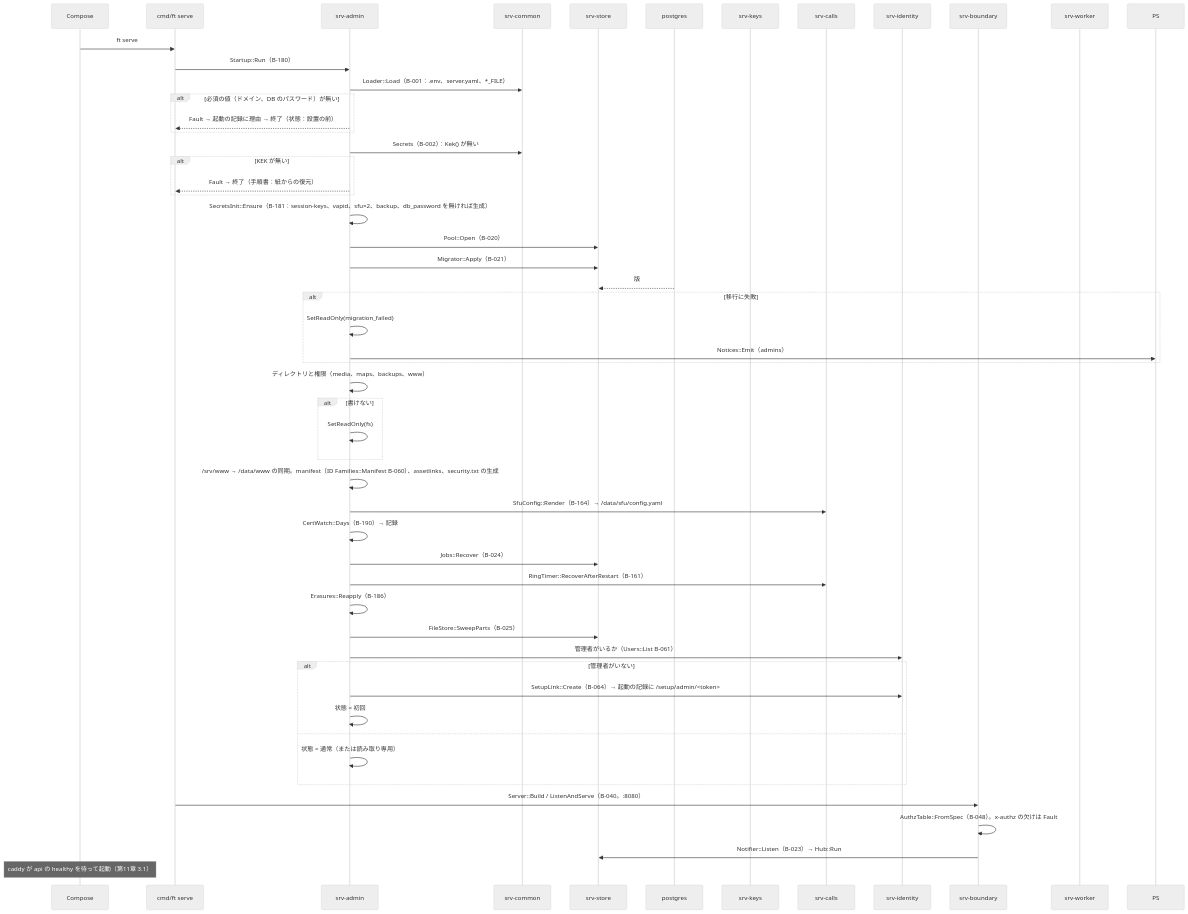
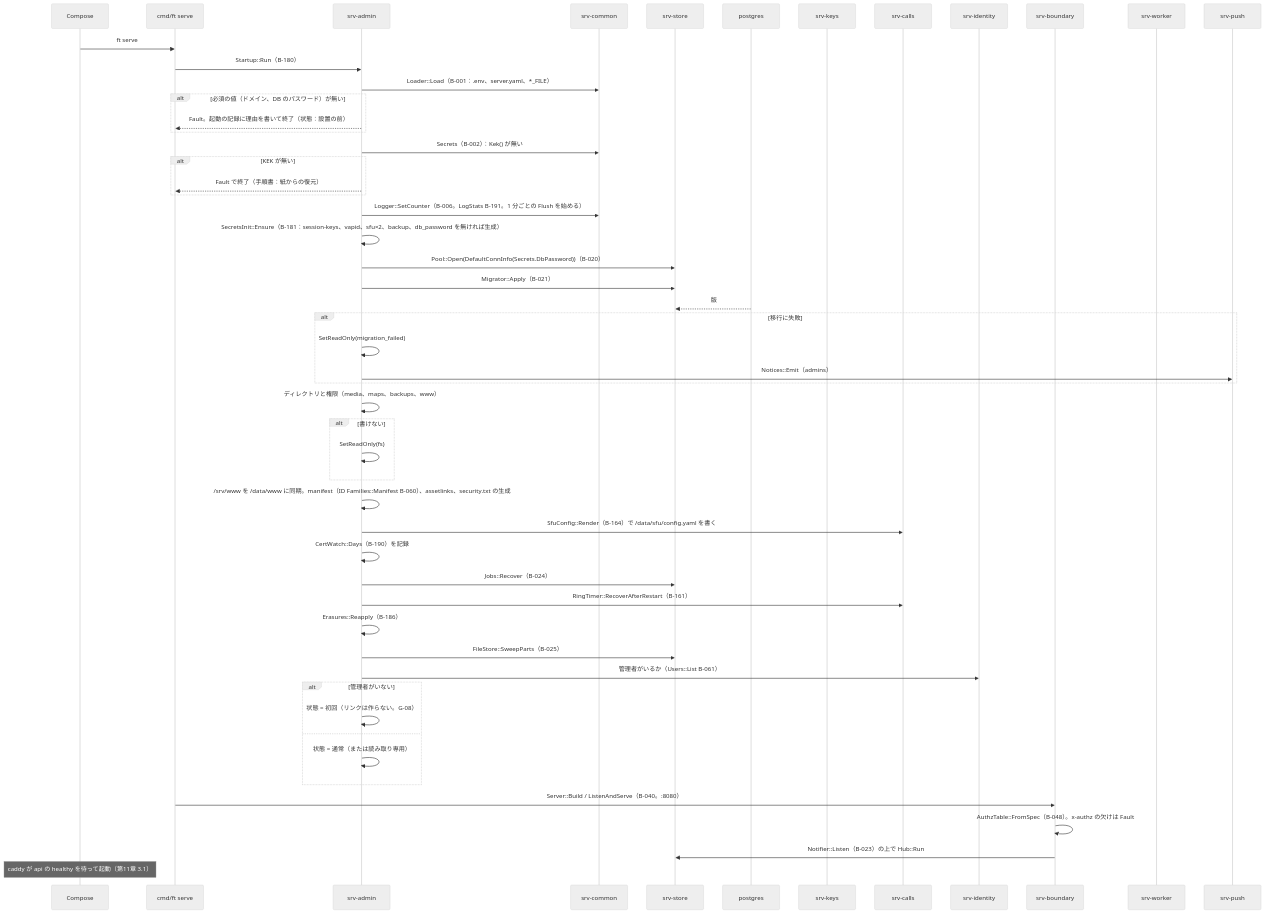
Before and after one commit to nrsd-ishikawasou/family-talk-pwa: the second of 4 diagrams in dev/docs/jp/シーケンス/01_起動.md, drawn with Mermaid (neutral theme). The commit also changed other lines of this file and 290 other files, not shown here.

````diff
--- a/dev/docs/jp/シーケンス/01_起動.md
+++ b/dev/docs/jp/シーケンス/01_起動.md
@@ -58,54 +68,55 @@
 ```mermaid
 sequenceDiagram
   participant OS as Compose
   participant CF as cmd/ft serve
   participant AD as srv-admin
   participant CM as srv-common
   participant ST as srv-store
   participant PG as postgres
   participant KY as srv-keys
   participant CL as srv-calls
   participant ID as srv-identity
   participant BD as srv-boundary
   participant WK as srv-worker
+  participant PS as srv-push
   OS->>CF: ft serve
   CF->>AD: Startup::Run（B-180）
   AD->>CM: Loader::Load（B-001：.env、server.yaml、*_FILE）
   alt 必須の値（ドメイン、DB のパスワード）が無い
-    AD-->>CF: Fault → 起動の記録に理由 → 終了（状態：設置の前）
+    AD-->>CF: Fault。起動の記録に理由を書いて終了（状態：設置の前）
   end
   AD->>CM: Secrets（B-002）：Kek() が無い
   alt KEK が無い
-    AD-->>CF: Fault → 終了（手順書：紙からの復元）
+    AD-->>CF: Fault で終了（手順書：紙からの復元）
   end
+  AD->>CM: Logger::SetCounter（B-006。LogStats B-191。1 分ごとの Flush を始める）
   AD->>AD: SecretsInit::Ensure（B-181：session-keys、vapid、sfu×2、backup、db_password を無ければ生成）
-  AD->>ST: Pool::Open（B-020）
+  AD->>ST: Pool::Open(DefaultConnInfo(Secrets.DbPassword))（B-020）
   AD->>ST: Migrator::Apply（B-021）
   PG-->>ST: 版
   alt 移行に失敗
     AD->>AD: SetReadOnly(migration_failed)
     AD->>PS: Notices::Emit（admins）
   end
   AD->>AD: ディレクトリと権限（media、maps、backups、www）
   alt 書けない
     AD->>AD: SetReadOnly(fs)
   end
-  AD->>AD: /srv/www → /data/www の同期。manifest（ID Families::Manifest B-060）、assetlinks、security.txt の生成
-  AD->>CL: SfuConfig::Render（B-164）→ /data/sfu/config.yaml
-  AD->>AD: CertWatch::Days（B-190）→ 記録
+  AD->>AD: /srv/www を /data/www に同期。manifest（ID Families::Manifest B-060）、assetlinks、security.txt の生成
+  AD->>CL: SfuConfig::Render（B-164）で /data/sfu/config.yaml を書く
+  AD->>AD: CertWatch::Days（B-190）を記録
   AD->>ST: Jobs::Recover（B-024）
   AD->>CL: RingTimer::RecoverAfterRestart（B-161）
   AD->>AD: Erasures::Reapply（B-186）
   AD->>ST: FileStore::SweepParts（B-025）
   AD->>ID: 管理者がいるか（Users::List B-061）
   alt 管理者がいない
-    AD->>ID: SetupLink::Create（B-064）→ 起動の記録に /setup/admin/<token>
-    AD->>AD: 状態 = 初回
+    AD->>AD: 状態 = 初回（リンクは作らない。G-08）
   else
     AD->>AD: 状態 = 通常（または読み取り専用）
   end
   CF->>BD: Server::Build / ListenAndServe（B-040。:8080）
   BD->>BD: AuthzTable::FromSpec（B-048）。x-authz の欠けは Fault
-  BD->>ST: Notifier::Listen（B-023）→ Hub::Run
+  BD->>ST: Notifier::Listen（B-023）の上で Hub::Run
   Note over OS: caddy が api の healthy を待って起動（第11章 3.1）
 ```
````
